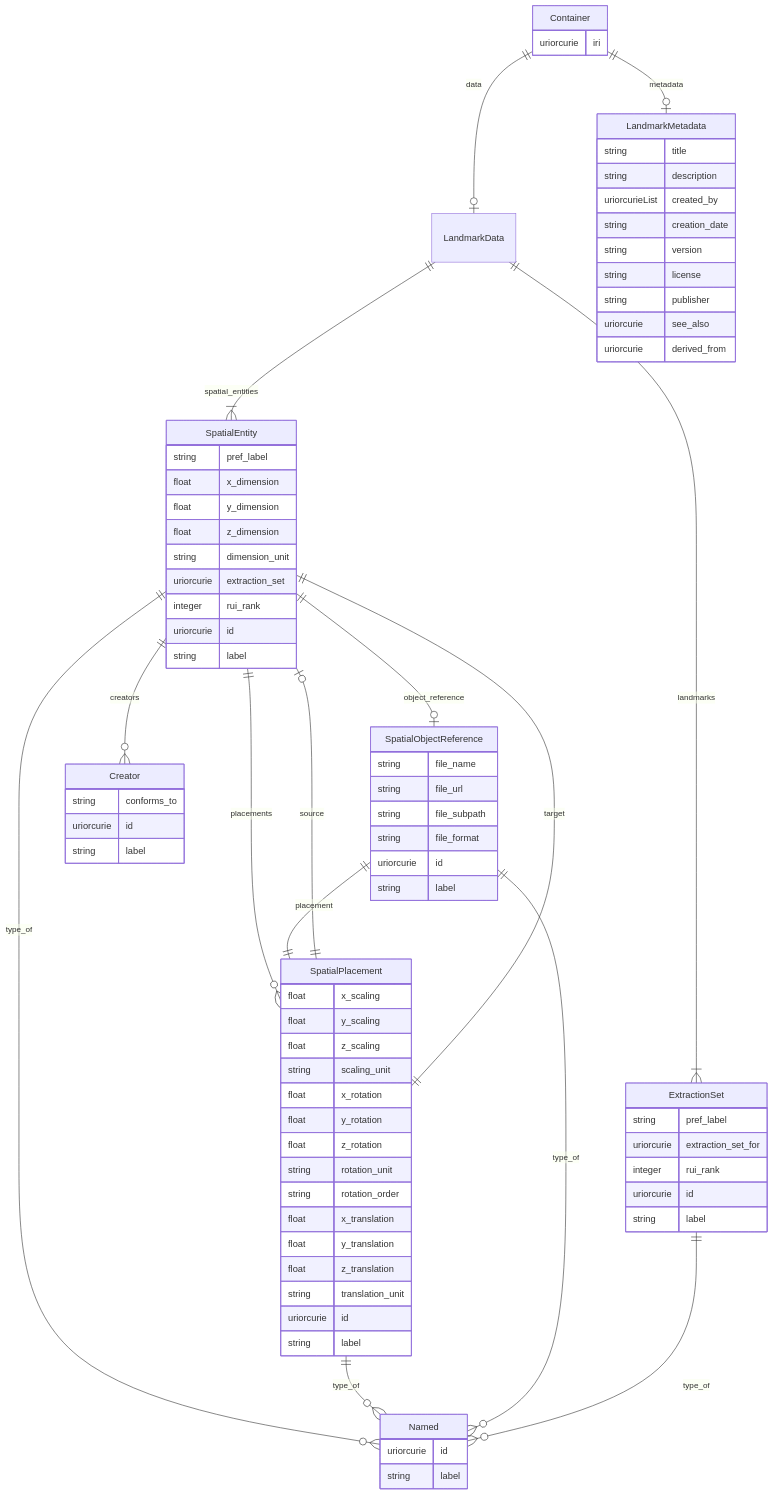
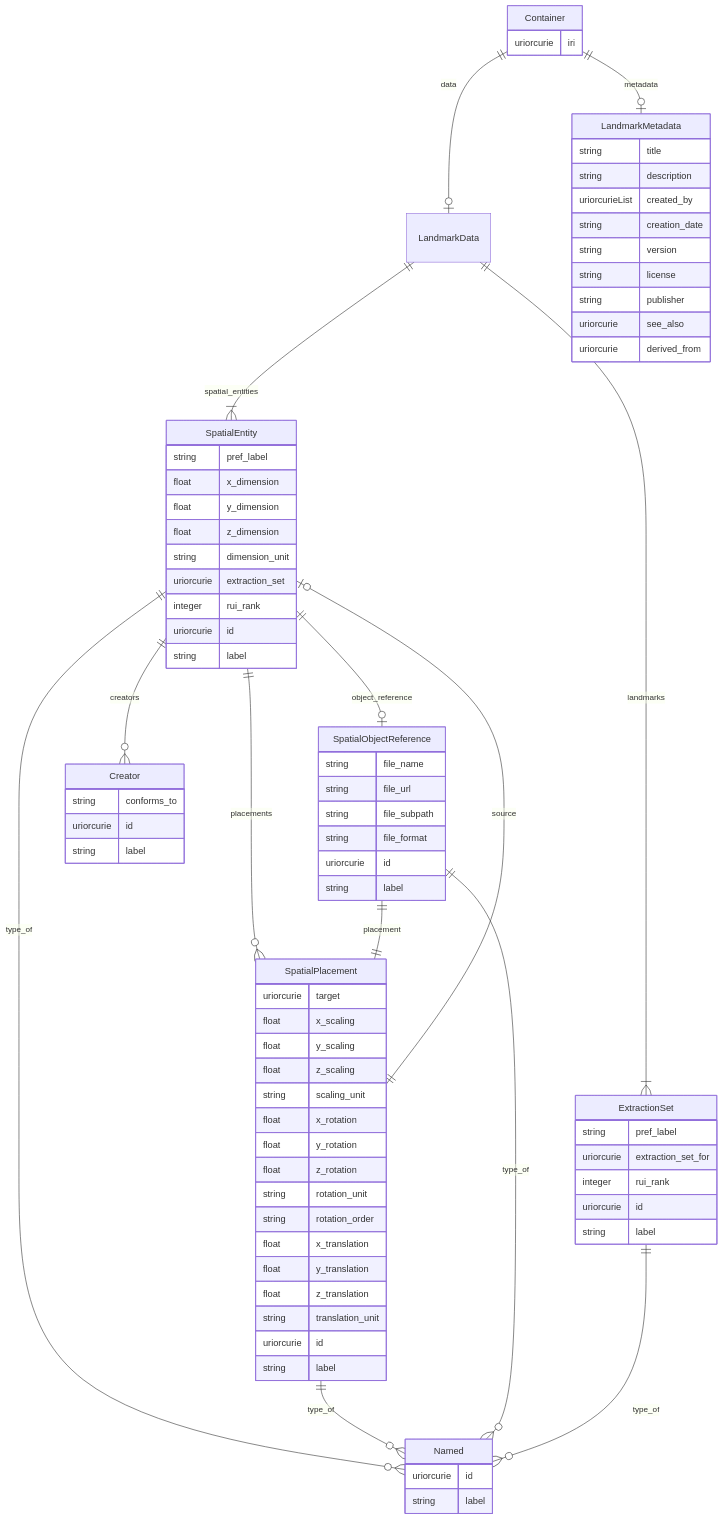
One commit to hubmapconsortium/hra-do-processor changed diagram 12 of 18 in er-diagrams.md. Above: the diagram before and after it, drawn with Mermaid. The commit also changed other lines of this file and 18 other files, not shown here.

Commit message:
Updated er diagrams

```diff
--- a/er-diagrams.md
+++ b/er-diagrams.md
@@ -762,6 +762,7 @@
     string label  
 }
 SpatialPlacement {
+    uriorcurie target  
     float x_scaling  
     float y_scaling  
     float z_scaling  
@@ -819,7 +820,6 @@
 SpatialEntity ||--}o SpatialPlacement : "placements"
 SpatialEntity ||--}o Named : "type_of"
 SpatialPlacement ||--|o SpatialEntity : "source"
-SpatialPlacement ||--|| SpatialEntity : "target"
 SpatialPlacement ||--}o Named : "type_of"
 SpatialObjectReference ||--|| SpatialPlacement : "placement"
 SpatialObjectReference ||--}o Named : "type_of"
```
